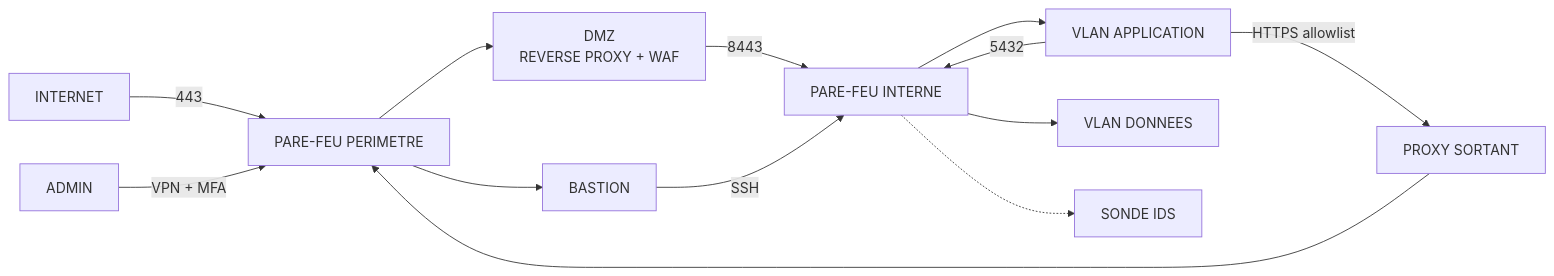
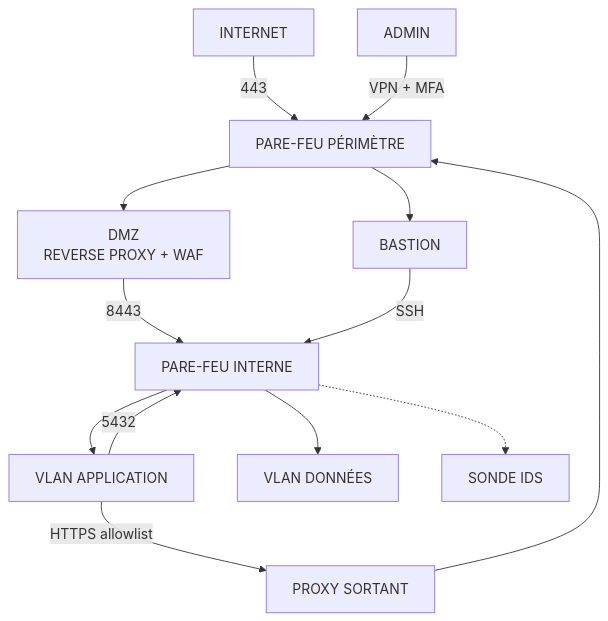
The diagram in courses/reseaux-cybersecurite/19_firewall_segmentation.md (Gooseppr/GevOps_LC), drawn with Mermaid before and after one commit. The commit also changed 56 other files, not shown here.

````diff
--- a/courses/reseaux-cybersecurite/19_firewall_segmentation.md
+++ b/courses/reseaux-cybersecurite/19_firewall_segmentation.md
@@ -204,15 +204,15 @@
 ```mermaid
-flowchart LR
-    NET[INTERNET] -->|443| FW1[PARE-FEU PERIMETRE]
+flowchart TD
+    NET[INTERNET] -->|443| FW1[PARE-FEU PÉRIMÈTRE]
     FW1 --> RP[DMZ<br/>REVERSE PROXY + WAF]
     RP -->|8443| FW2[PARE-FEU INTERNE]
     FW2 --> APP[VLAN APPLICATION]
     APP -->|5432| FW2
-    FW2 --> DB[VLAN DONNEES]
+    FW2 --> DB[VLAN DONNÉES]
     ADM[ADMIN] -->|VPN + MFA| FW1
     FW1 --> BAS[BASTION]
     BAS -->|SSH| FW2
     APP -->|HTTPS allowlist| PX[PROXY SORTANT]
     PX --> FW1
     FW2 -.-> IDS[SONDE IDS]
 ```
````
